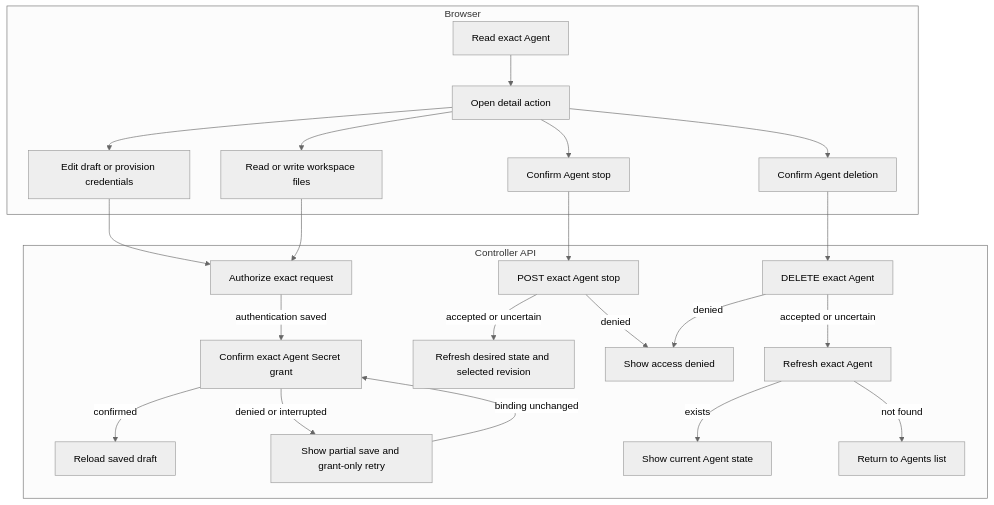
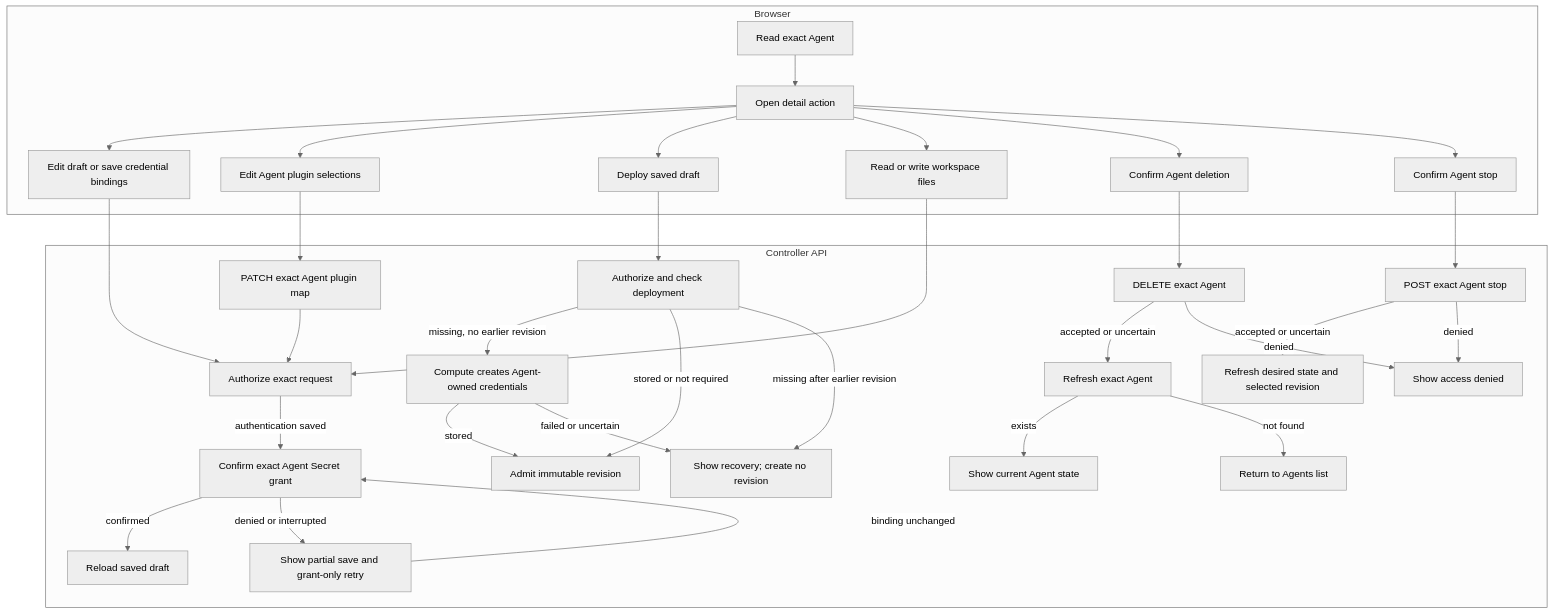
One commit to openclaw/openclaw-enterprise changed the diagram in docs/flows/platform-console/agent-editing.md. Above: the diagram before and after it, drawn with Mermaid (neutral theme). The commit also changed other lines of this file and 61 other files, not shown here.

Commit message:
Polish Agent deployment and revision plugin editing

````diff
--- a/docs/flows/platform-console/agent-editing.md
+++ b/docs/flows/platform-console/agent-editing.md
@@ -25,26 +25,36 @@
 ```mermaid
 graph TD
   subgraph Browser["Browser"]
     A["Read exact Agent"] --> B["Open detail action"]
-    B --> C["Edit draft or provision credentials"]
+    B --> C["Edit draft or save credential bindings"]
+    B --> P["Edit Agent plugin selections"]
+    B --> Q["Deploy saved draft"]
     B --> D["Read or write workspace files"]
     B --> E["Confirm Agent deletion"]
     B --> S["Confirm Agent stop"]
   end
   subgraph API["Controller API"]
     C --> F["Authorize exact request"]
+    P --> PA["PATCH exact Agent plugin map"]
+    PA --> F
+    Q --> Y["Authorize and check deployment"]
+    Y -->|missing, no earlier revision| Z["Compute creates Agent-owned credentials"]
+    Y -->|stored or not required| R["Admit immutable revision"]
+    Z -->|stored| R
+    Z -->|failed or uncertain| N["Show recovery; create no revision"]
+    Y -->|missing after earlier revision| N
     F -->|authentication saved| V["Confirm exact Agent Secret grant"]
     V -->|confirmed| W["Reload saved draft"]
     V -->|denied or interrupted| X["Show partial save and grant-only retry"]
     X -->|binding unchanged| V
     D --> F
     E --> G["DELETE exact Agent"]
     S --> T["POST exact Agent stop"]
     T -->|accepted or uncertain| U["Refresh desired state and selected revision"]
     T -->|denied| I
     G -->|accepted or uncertain| H["Refresh exact Agent"]
     G -->|denied| I["Show access denied"]
     H -->|exists| J["Show current Agent state"]
     H -->|not found| K["Return to Agents list"]
   end
 ```
````
